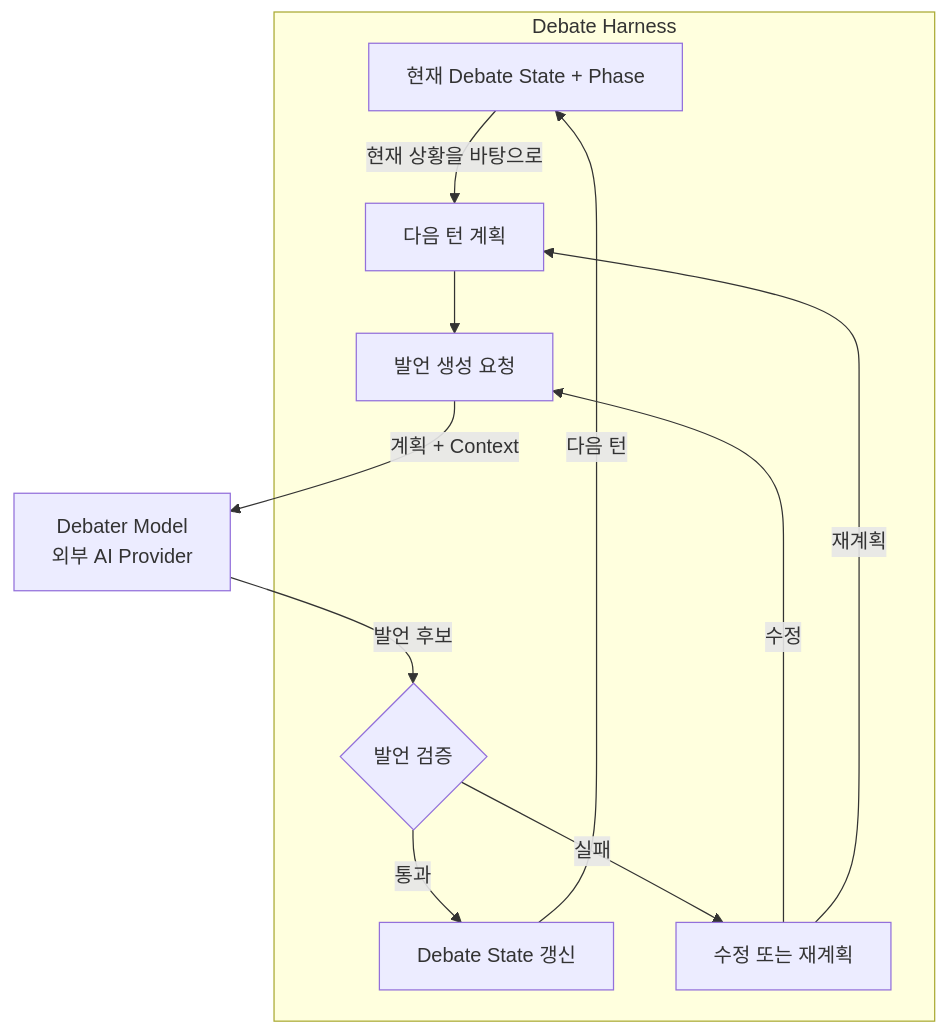
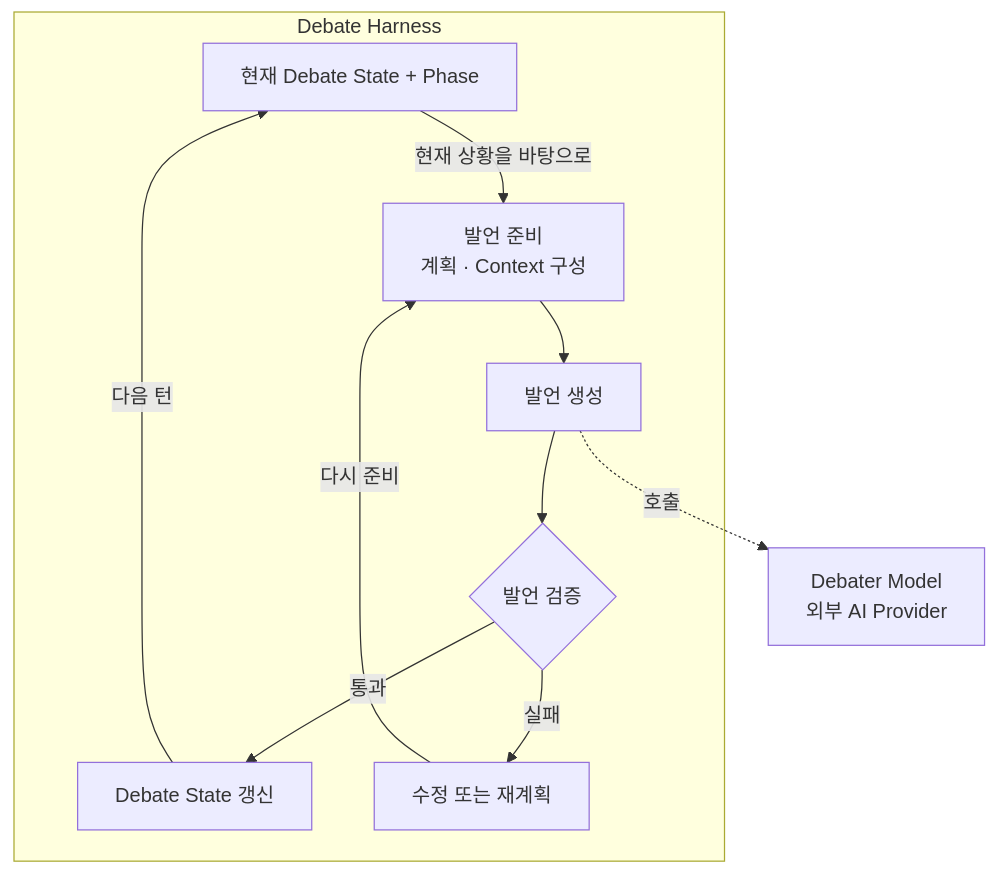
The fourth of 10 diagrams in README.md (hodob/A1-3), drawn with Mermaid before and after one commit. The commit also changed other lines of this file, not shown here.

Commit message:
docs: simplify Debate Harness overview flow

````diff
--- a/README.md
+++ b/README.md
@@ -197,22 +197,21 @@
 ```mermaid
 flowchart TD
     subgraph H[Debate Harness]
         S[현재 Debate State + Phase]
-        P[다음 턴 계획]
-        G[발언 생성 요청]
+        P[발언 준비<br/>계획 · Context 구성]
+        G[발언 생성]
         V{발언 검증}
         U[Debate State 갱신]
         R[수정 또는 재계획]
 
         S -->|현재 상황을 바탕으로| P
         P --> G
+        G --> V
         V -->|통과| U
         U -->|다음 턴| S
         V -->|실패| R
-        R -->|수정| G
-        R -->|재계획| P
+        R -->|다시 준비| P
     end
 
-    G -->|계획 + Context| M[Debater Model<br/>외부 AI Provider]
-    M -->|발언 후보| V
+    G -.->|호출| M[Debater Model<br/>외부 AI Provider]
 ```
````
